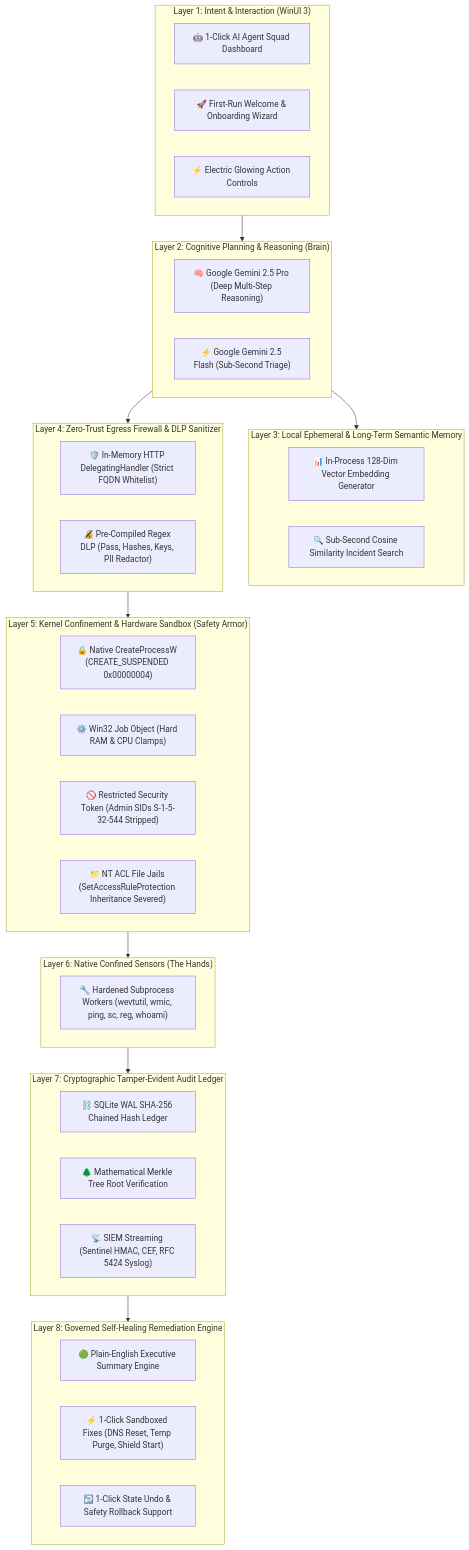
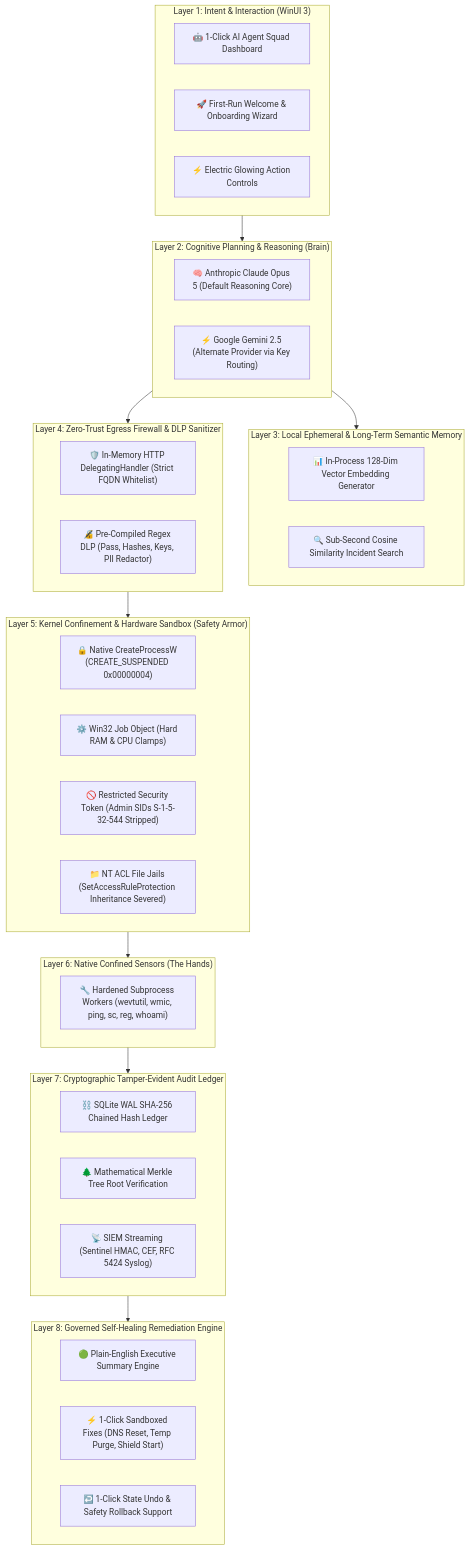
One commit to Spplatten/SPLAT changed the diagram in README.md. Above: the diagram before and after it, drawn with Mermaid. The commit also changed other lines of this file and 23 other files, not shown here.

````diff
--- a/README.md
+++ b/README.md
@@ -27,54 +27,54 @@
 ```mermaid
 flowchart TD
     subgraph L1 ["Layer 1: Intent & Interaction (WinUI 3)"]
         SquadHUD["🤖 1-Click AI Agent Squad Dashboard"]
         Wizard["🚀 First-Run Welcome & Onboarding Wizard"]
         ElectricBtn["⚡ Electric Glowing Action Controls"]
     end
 
     subgraph L2 ["Layer 2: Cognitive Planning & Reasoning (Brain)"]
-        GeminiPro["🧠 Google Gemini 2.5 Pro (Deep Multi-Step Reasoning)"]
-        GeminiFlash["⚡ Google Gemini 2.5 Flash (Sub-Second Triage)"]
+        ClaudeOpus["🧠 Anthropic Claude Opus 5 (Default Reasoning Core)"]
+        GeminiAlt["⚡ Google Gemini 2.5 (Alternate Provider via Key Routing)"]
     end
 
     subgraph L3 ["Layer 3: Local Ephemeral & Long-Term Semantic Memory"]
         VecIndex["📊 In-Process 128-Dim Vector Embedding Generator"]
         CosineSearch["🔍 Sub-Second Cosine Similarity Incident Search"]
     end
 
     subgraph L4 ["Layer 4: Zero-Trust Egress Firewall & DLP Sanitizer"]
         EgressWall["🛡️ In-Memory HTTP DelegatingHandler (Strict FQDN Whitelist)"]
         DlpFilter["🔏 Pre-Compiled Regex DLP (Pass, Hashes, Keys, PII Redactor)"]
     end
 
     subgraph L5 ["Layer 5: Kernel Confinement & Hardware Sandbox (Safety Armor)"]
         SuspendedSpawn["🔒 Native CreateProcessW (CREATE_SUSPENDED 0x00000004)"]
         JobObject["⚙️ Win32 Job Object (Hard RAM & CPU Clamps)"]
         RestrictedToken["🚫 Restricted Security Token (Admin SIDs S-1-5-32-544 Stripped)"]
         NtJail["📁 NT ACL File Jails (SetAccessRuleProtection Inheritance Severed)"]
     end
 
     subgraph L6 ["Layer 6: Native Confined Sensors (The Hands)"]
         SensorTools["🔧 Hardened Subprocess Workers (wevtutil, wmic, ping, sc, reg, whoami)"]
     end
 
     subgraph L7 ["Layer 7: Cryptographic Tamper-Evident Audit Ledger"]
         HashChain["⛓️ SQLite WAL SHA-256 Chained Hash Ledger"]
         MerkleProofs["🌲 Mathematical Merkle Tree Root Verification"]
         SiemExport["📡 SIEM Streaming (Sentinel HMAC, CEF, RFC 5424 Syslog)"]
     end
 
     subgraph L8 ["Layer 8: Governed Self-Healing Remediation Engine"]
         ExecSummary["🟢 Plain-English Executive Summary Engine"]
         OneClickFix["⚡ 1-Click Sandboxed Fixes (DNS Reset, Temp Purge, Shield Start)"]
         Rollback["↩️ 1-Click State Undo & Safety Rollback Support"]
     end
 
     L1 --> L2
     L2 --> L3
     L2 --> L4
     L4 --> L5
     L5 --> L6
     L6 --> L7
     L7 --> L8
 ```
````
